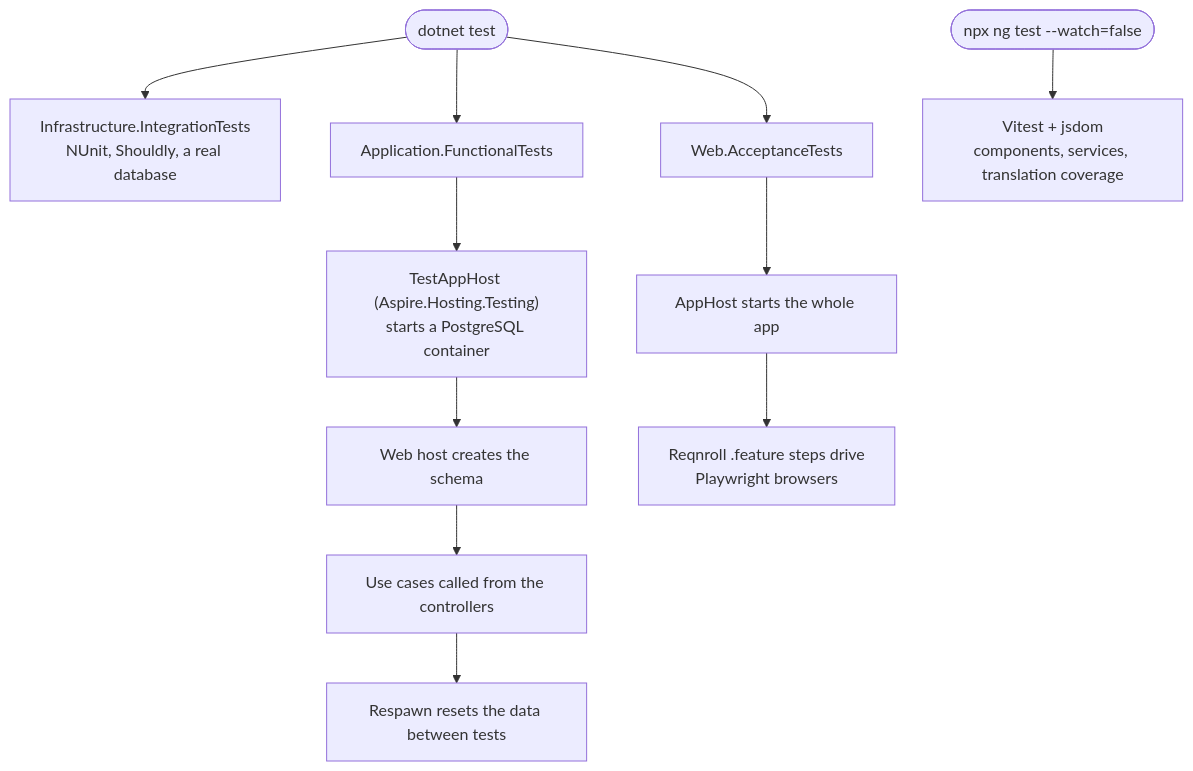
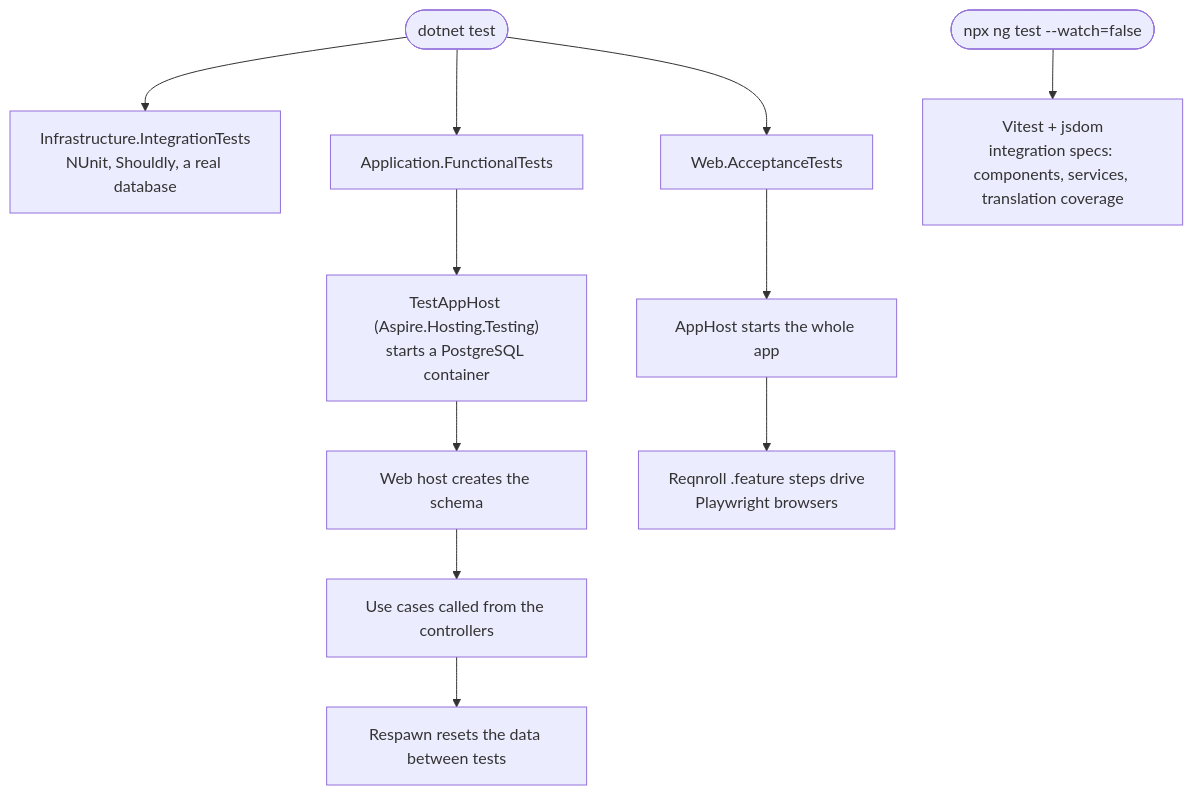
One commit to ahmedshahjr/Education-Portal changed diagram 20 of 22 in README.md. Above: the diagram before and after it, drawn with Mermaid. The commit also changed other lines of this file and 5 other files, not shown here.

First line of the commit message:
Apply the integration and functional test rule to Angular

````diff
--- a/README.md
+++ b/README.md
@@ -873,13 +873,13 @@
 ```mermaid
 flowchart TB
     run(["dotnet test"]) --> integ["Infrastructure.IntegrationTests<br/>NUnit, Shouldly, a real database"]
     run --> func["Application.FunctionalTests"]
     func --> tah["TestAppHost (Aspire.Hosting.Testing)<br/>starts a PostgreSQL container"]
     tah --> web["Web host creates the schema"]
     web --> cases["Use cases called from the controllers"]
     cases --> respawn["Respawn resets the data between tests"]
     run --> acc["Web.AcceptanceTests"]
     acc --> ah["AppHost starts the whole app"]
     ah --> pw["Reqnroll .feature steps drive<br/>Playwright browsers"]
-    ng(["npx ng test --watch=false"]) --> vitest["Vitest + jsdom<br/>components, services, translation coverage"]
+    ng(["npx ng test --watch=false"]) --> vitest["Vitest + jsdom<br/>integration specs: components, services, translation coverage"]
 ```
````
